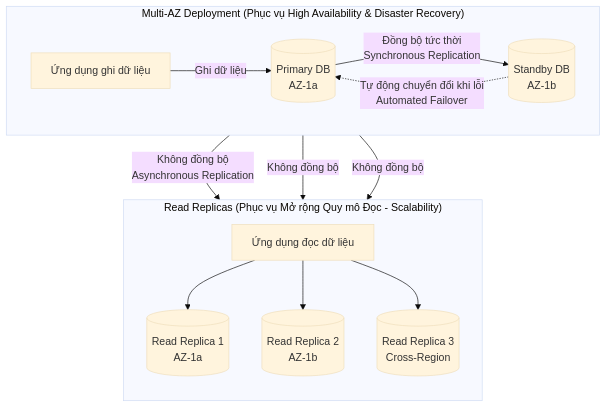
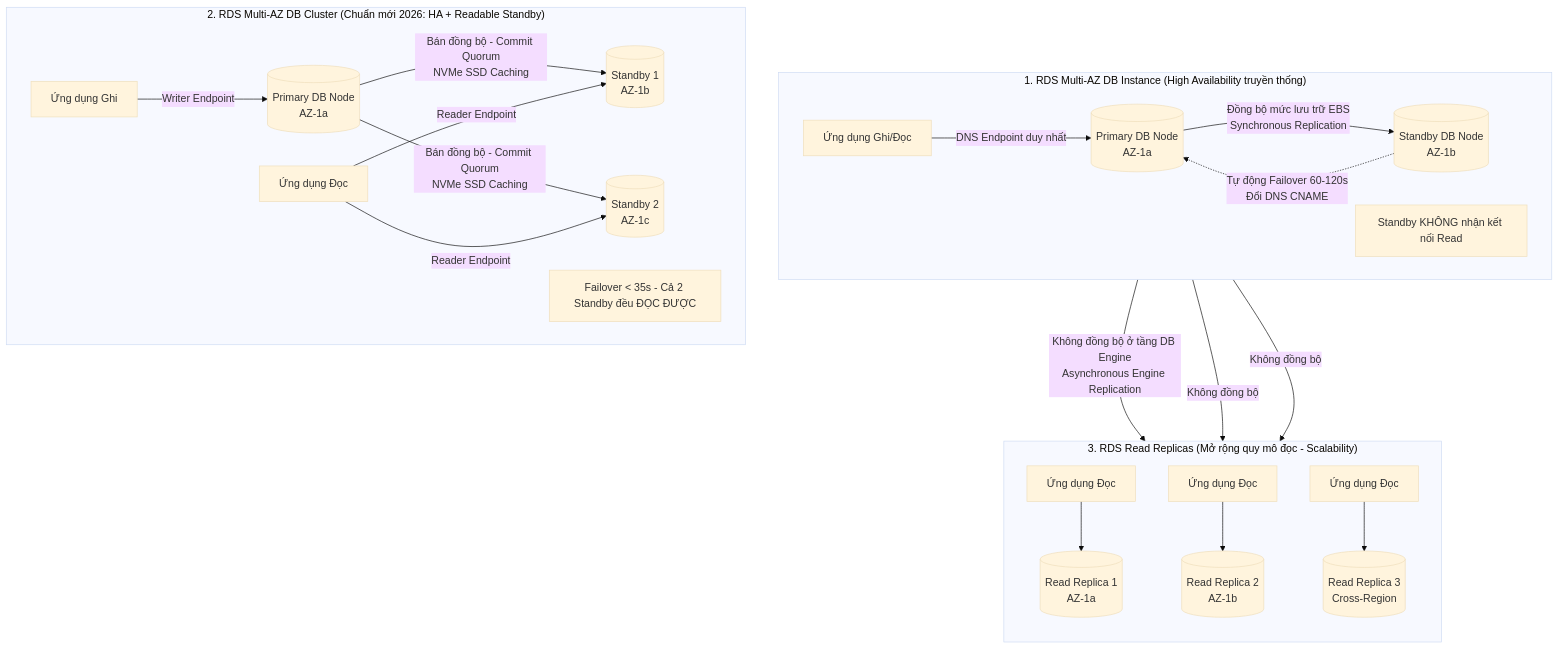
The second of 7 diagrams in AWS_Services/RDS_Aurora_Databases.md (nhatphanhk/AWS_XBrain_Note), drawn with Mermaid (base theme) before and after one commit. The commit also changed other lines of this file and 15 other files, not shown here.

````diff
--- a/AWS_Services/RDS_Aurora_Databases.md
+++ b/AWS_Services/RDS_Aurora_Databases.md
@@ -32,19 +75,30 @@
 ```mermaid
 flowchart TD
-    subgraph MultiAZ["Multi-AZ Deployment (Phục vụ High Availability & Disaster Recovery)"]
+    subgraph MultiAZ_Instance["1. RDS Multi-AZ DB Instance (High Availability truyền thống)"]
         direction LR
-        AppWrite[Ứng dụng ghi dữ liệu] -->|Ghi dữ liệu| PrimaryDB[(Primary DB\nAZ-1a)]
-        PrimaryDB -->|Đồng bộ tức thời\nSynchronous Replication| StandbyDB[(Standby DB\nAZ-1b)]
-        StandbyDB -.->|Tự động chuyển đổi khi lỗi\nAutomated Failover| PrimaryDB
+        AppW[Ứng dụng Ghi/Đọc] -->|DNS Endpoint duy nhất| Pri1[(Primary DB Node\nAZ-1a)]
+        Pri1 -->|Đồng bộ mức lưu trữ EBS\nSynchronous Replication| Stby1[(Standby DB Node\nAZ-1b)]
+        Stby1 -.->|Tự động Failover 60-120s\nĐổi DNS CNAME| Pri1
+        note1[Standby KHÔNG nhận kết nối Read]
     end
 
-    subgraph ReadReplicas["Read Replicas (Phục vụ Mở rộng Quy mô Đọc - Scalability)"]
+    subgraph MultiAZ_Cluster["2. RDS Multi-AZ DB Cluster (Chuẩn mới 2026: HA + Readable Standby)"]
+        direction LR
+        AppCW[Ứng dụng Ghi] -->|Writer Endpoint| PriC[(Primary DB Node\nAZ-1a)]
+        PriC -->|Bán đồng bộ - Commit Quorum\nNVMe SSD Caching| StbyC1[(Standby 1\nAZ-1b)]
+        PriC -->|Bán đồng bộ - Commit Quorum\nNVMe SSD Caching| StbyC2[(Standby 2\nAZ-1c)]
+        AppCR[Ứng dụng Đọc] -->|Reader Endpoint| StbyC1
+        AppCR -->|Reader Endpoint| StbyC2
+        note2[Failover < 35s - Cả 2 Standby đều ĐỌC ĐƯỢC]
+    end
+
+    subgraph ReadReplica["3. RDS Read Replicas (Mở rộng quy mô đọc - Scalability)"]
         direction TB
-        AppRead[Ứng dụng đọc dữ liệu] --> RR1[(Read Replica 1\nAZ-1a)]
-        AppRead --> RR2[(Read Replica 2\nAZ-1b)]
-        AppRead --> RR3[(Read Replica 3\nCross-Region)]
-        PrimaryDB -->|Không đồng bộ\nAsynchronous Replication| RR1
-        PrimaryDB -->|Không đồng bộ| RR2
-        PrimaryDB -->|Không đồng bộ| RR3
+        AppR1[Ứng dụng Đọc] --> RR1[(Read Replica 1\nAZ-1a)]
+        AppR2[Ứng dụng Đọc] --> RR2[(Read Replica 2\nAZ-1b)]
+        AppR3[Ứng dụng Đọc] --> RR3[(Read Replica 3\nCross-Region)]
+        Pri1 -->|Không đồng bộ ở tầng DB Engine\nAsynchronous Engine Replication| RR1
+        Pri1 -->|Không đồng bộ| RR2
+        Pri1 -->|Không đồng bộ| RR3
     end
 ```
````
